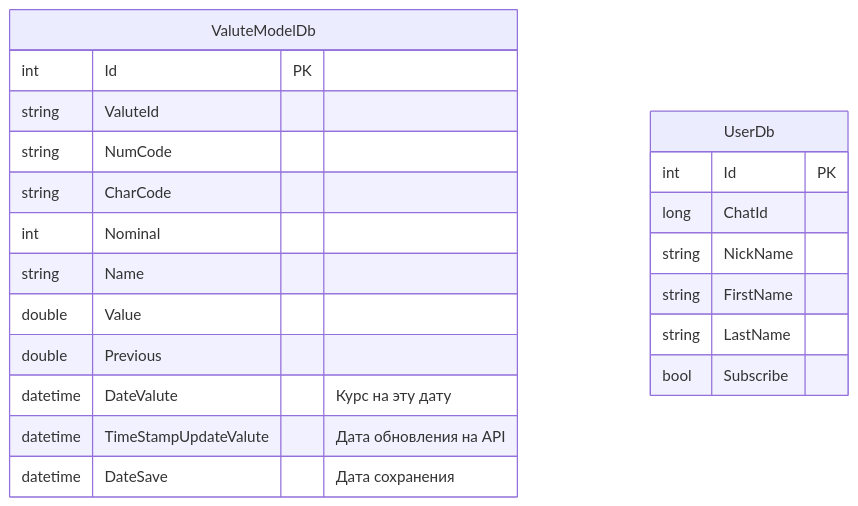
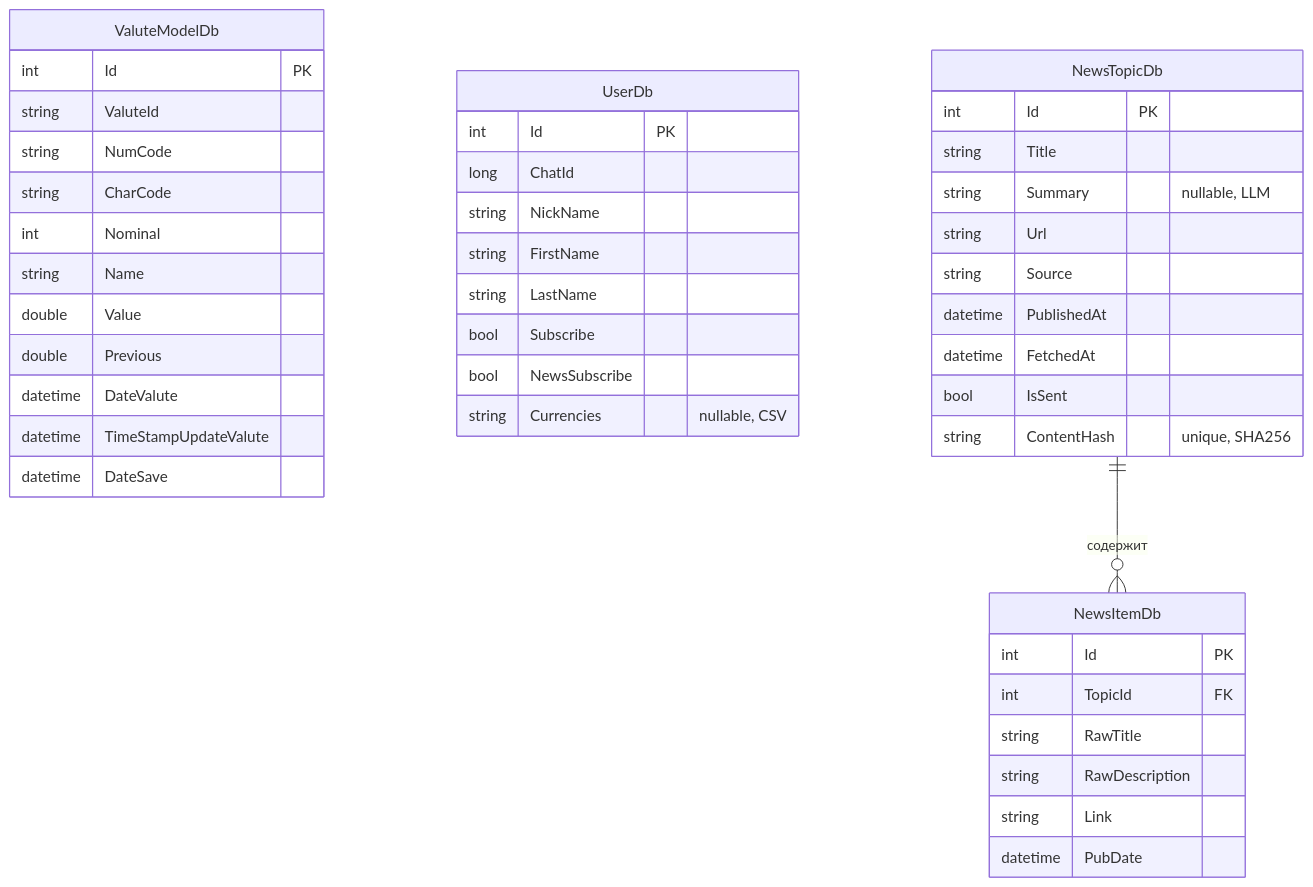
One commit to Jenausmax/ExchangeRates.Api changed diagram 14 of 20 in doc/architecture.md. Above: the diagram before and after it, drawn with Mermaid. The commit also changed other lines of this file and 2 other files, not shown here.

````diff
--- a/doc/architecture.md
+++ b/doc/architecture.md
@@ -497,25 +689,50 @@
 ```mermaid
 erDiagram
     ValuteModelDb {
         int Id PK
         string ValuteId
         string NumCode
         string CharCode
         int Nominal
         string Name
         double Value
         double Previous
-        datetime DateValute "Курс на эту дату"
-        datetime TimeStampUpdateValute "Дата обновления на API"
-        datetime DateSave "Дата сохранения"
+        datetime DateValute
+        datetime TimeStampUpdateValute
+        datetime DateSave
     }
 
     UserDb {
         int Id PK
         long ChatId
         string NickName
         string FirstName
         string LastName
         bool Subscribe
+        bool NewsSubscribe
+        string Currencies "nullable, CSV"
     }
+
+    NewsTopicDb {
+        int Id PK
+        string Title
+        string Summary "nullable, LLM"
+        string Url
+        string Source
+        datetime PublishedAt
+        datetime FetchedAt
+        bool IsSent
+        string ContentHash "unique, SHA256"
+    }
+
+    NewsItemDb {
+        int Id PK
+        int TopicId FK
+        string RawTitle
+        string RawDescription
+        string Link
+        datetime PubDate
+    }
+
+    NewsTopicDb ||--o{ NewsItemDb : "содержит"
 ```
````
